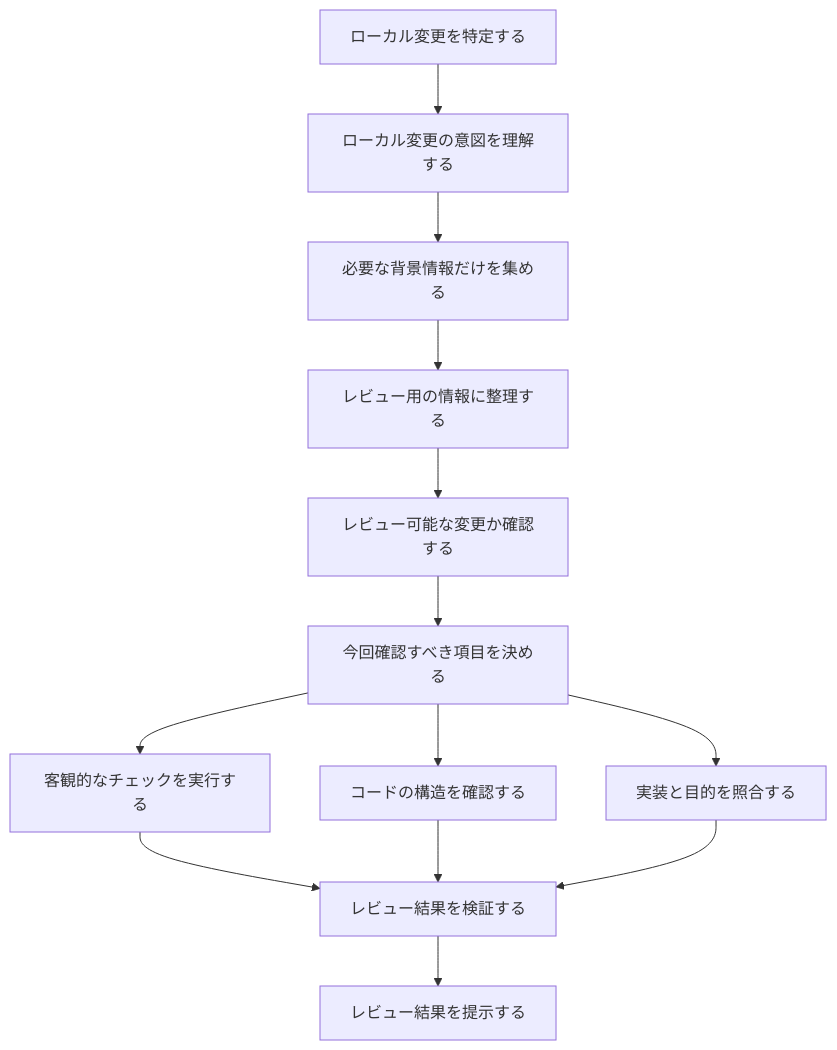
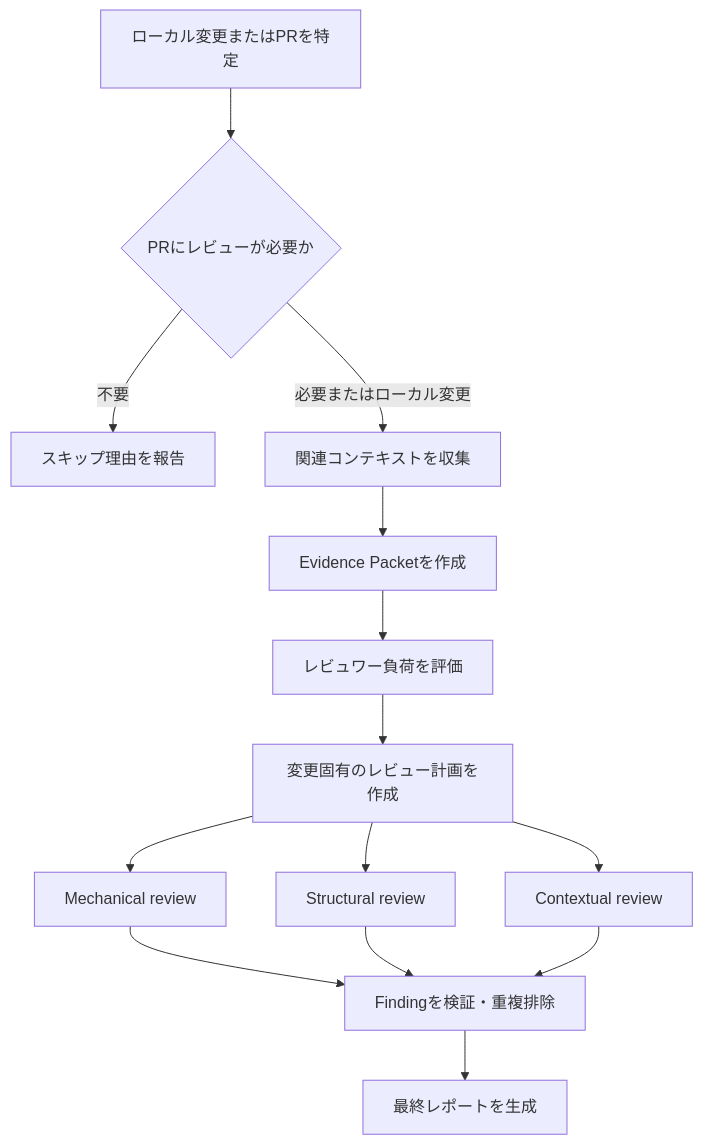
One commit to takuto-san/review changed the diagram in README.ja.md. Above: the diagram before and after it, drawn with Mermaid. The commit also changed other lines of this file and 16 other files, not shown here.

````diff
--- a/README.ja.md
+++ b/README.ja.md
@@ -23,17 +324,16 @@
 ```mermaid
 flowchart TD
-    A[ローカル変更を特定する] --> B[ローカル変更の意図を理解する]
-    B --> C[必要な背景情報だけを集める]
-    C --> D[レビュー用の情報に整理する]
-    D --> E[レビュー可能な変更か確認する]
-    E --> F[今回確認すべき項目を決める]
-
-    F --> G1[客観的なチェックを実行する]
-    F --> G2[コードの構造を確認する]
-    F --> G3[実装と目的を照合する]
-
-    G1 --> H[レビュー結果を検証する]
+    A[ローカル変更またはPRを特定] --> B{PRにレビューが必要か}
+    B -->|不要| X[スキップ理由を報告]
+    B -->|必要またはローカル変更| C[関連コンテキストを収集]
+    C --> D[Evidence Packetを作成]
+    D --> E[レビュワー負荷を評価]
+    E --> F[変更固有のレビュー計画を作成]
+    F --> G1[Mechanical review]
+    F --> G2[Structural review]
+    F --> G3[Contextual review]
+    G1 --> H[Findingを検証・重複排除]
     G2 --> H
     G3 --> H
-    H --> I[レビュー結果を提示する]
+    H --> I[最終レポートを生成]
 ```
````
